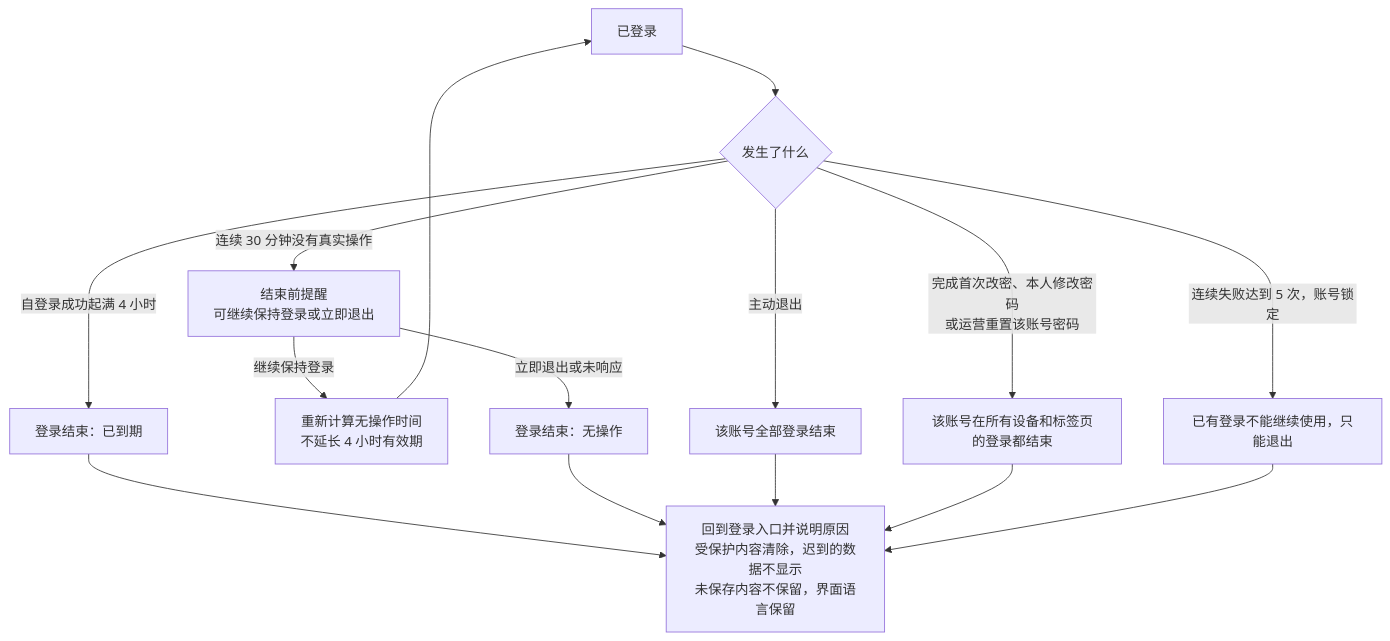
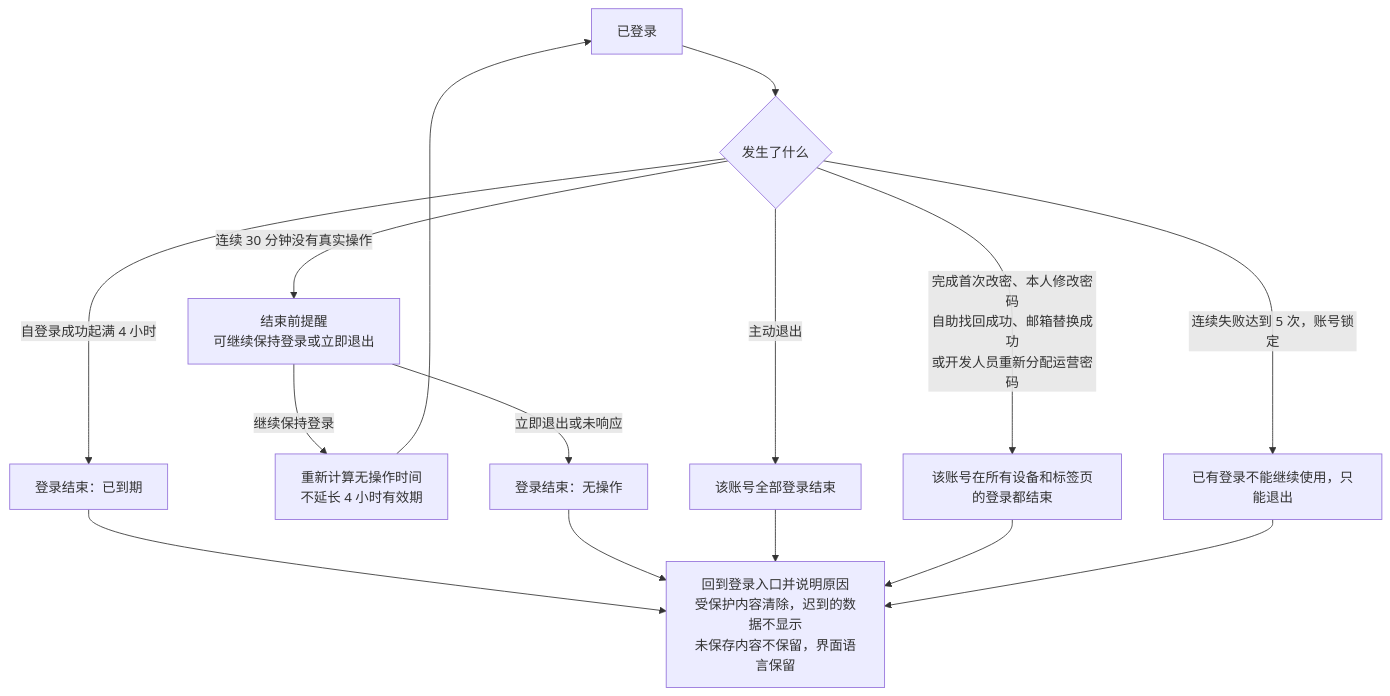
Before and after one commit to wxblockchain/Chain-Financing: the second of 8 diagrams in token-issuance-platform/PRD/v1.0-管理端登录与权限-流程图与状态机.md, drawn with Mermaid. The commit also changed other lines of this file and 9 other files, not shown here.

````diff
--- a/token-issuance-platform/PRD/v1.0-管理端登录与权限-流程图与状态机.md
+++ b/token-issuance-platform/PRD/v1.0-管理端登录与权限-流程图与状态机.md
@@ -45,17 +48,17 @@
 ```mermaid
 flowchart TD
     A[已登录] --> B{发生了什么}
     B -->|自登录成功起满 4 小时| C[登录结束：已到期]
     B -->|连续 30 分钟没有真实操作| D[结束前提醒<br/>可继续保持登录或立即退出]
     D -->|继续保持登录| D1[重新计算无操作时间<br/>不延长 4 小时有效期]
     D1 --> A
     D -->|立即退出或未响应| E[登录结束：无操作]
     B -->|主动退出| F[该账号全部登录结束]
-    B -->|完成首次改密、本人修改密码<br/>或运营重置该账号密码| G[该账号在所有设备和标签页的登录都结束]
+    B -->|完成首次改密、本人修改密码<br/>自助找回成功、邮箱替换成功<br/>或开发人员重新分配运营密码| G[该账号在所有设备和标签页的登录都结束]
     B -->|连续失败达到 5 次，账号锁定| H[已有登录不能继续使用，只能退出]
     C --> Z[回到登录入口并说明原因<br/>受保护内容清除，迟到的数据不显示<br/>未保存内容不保留，界面语言保留]
     E --> Z
     F --> Z
     G --> Z
     H --> Z
 ```
````
